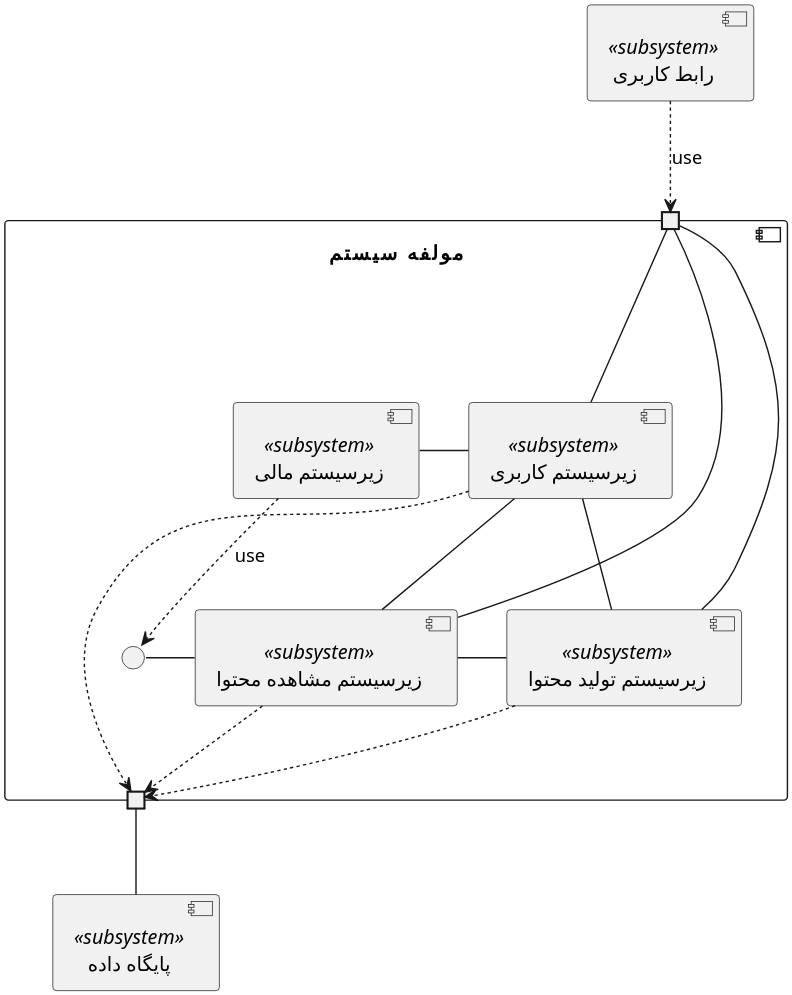
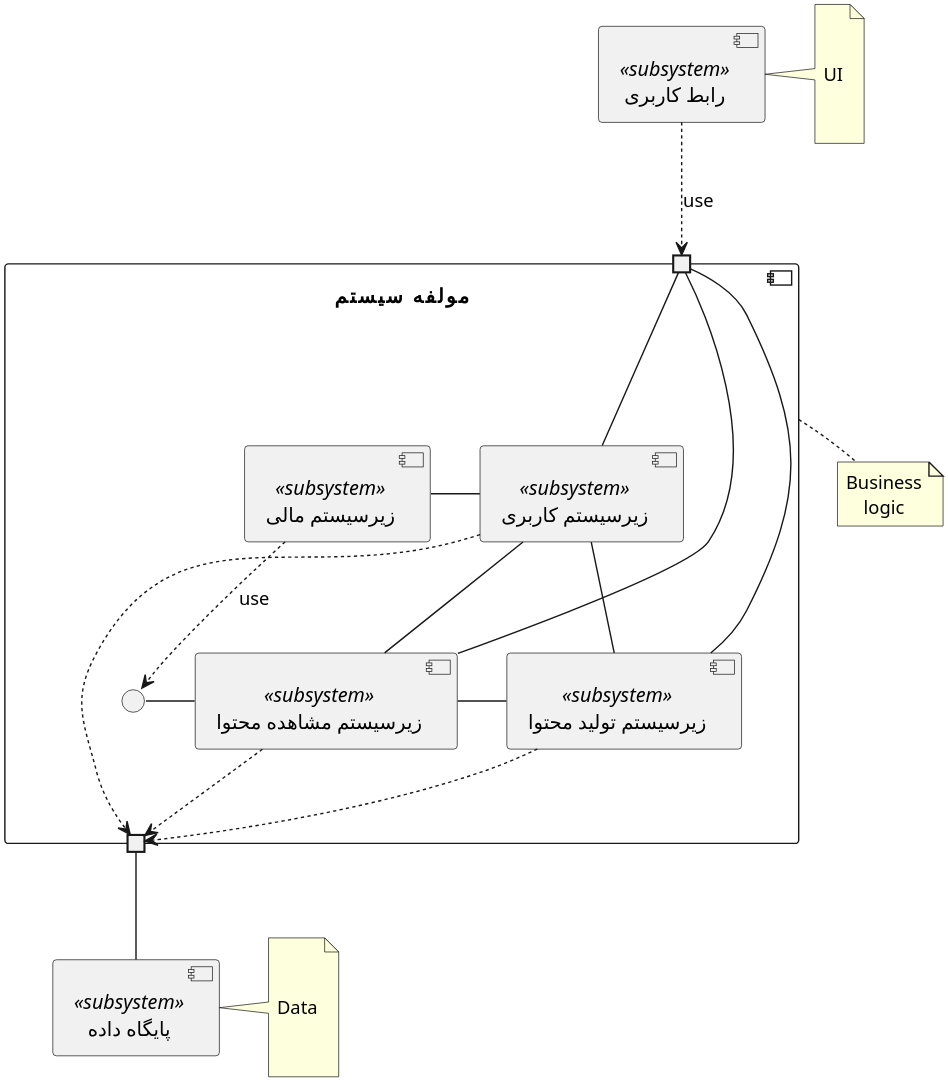
Before and after one commit to soleyman79/Qasedak: the diagram in Diagrams/Component/component.puml, drawn with PlantUML.

Commit message:
component diagram fix

```diff
--- a/Diagrams/Component/component.puml
+++ b/Diagrams/Component/component.puml
@@ -1,45 +1,67 @@
 @startuml component
 
 
 scale 3
 skinparam DefaultFontName Vazir
 skinparam DefaultTextAlignment center
 
 
 component "مولفه سیستم" as modelComp {
     component "زیرسیستم کاربری" <<subsystem>> as userComp
     component "زیرسیستم تولید محتوا" <<subsystem>> as produceComp
     component "زیرسیستم مشاهده محتوا" <<subsystem>> as viewComp
     component "زیرسیستم مالی" <<subsystem>> as financialComp
 
     interface " " as viewFinanInt
 
     portin " " as p1
     portout " " as p2
 }
 
 component "رابط کاربری" <<subsystem>> as ui
 component "پایگاه داده" <<subsystem>> as db
 
+note right of ui
+
+
+                UI
+
+
+end note
+
+note right of modelComp
+Business
+logic
+end note
+
+note right of db
+
+
+                Data
+
+
+end note
+
+
 userComp - financialComp
 
 financialComp ..> viewFinanInt : use
 viewFinanInt - viewComp
 
 produceComp -- p1
 userComp -- p1
 viewComp -- p1
 
 ui ..> p1 : use
 
 p2 -- db
 
 userComp ..> p2
 produceComp ..> p2
 viewComp ..> p2
 
 userComp -- produceComp
 userComp -- viewComp
 produceComp - viewComp
 
 @enduml
```
